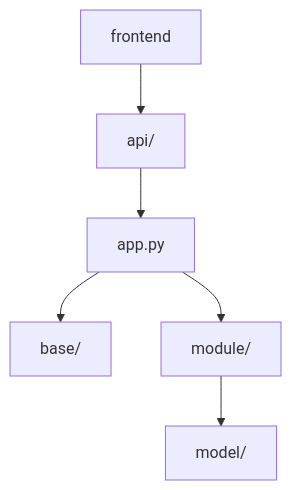
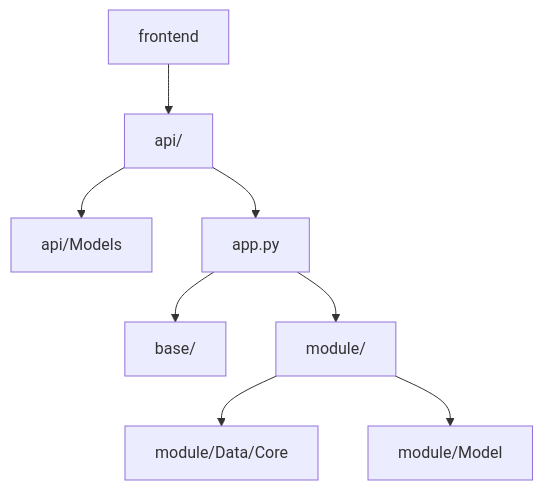
One commit to neavo/LinguaGacha changed the first of 3 diagrams in docs/ARCHITECTURE.md. Above: the diagram before and after it, drawn with Mermaid. The commit also changed other lines of this file and 173 other files, not shown here.

````diff
--- a/docs/ARCHITECTURE.md
+++ b/docs/ARCHITECTURE.md
@@ -7,8 +7,10 @@
 ```mermaid
 flowchart TD
     A["frontend"] --> B["api/"]
-    B --> C["app.py"]
-    C --> D["base/"]
-    C --> E["module/"]
-    E --> F["model/"]
+    B --> C["api/Models"]
+    B --> D["app.py"]
+    D --> E["base/"]
+    D --> F["module/"]
+    F --> G["module/Data/Core"]
+    F --> H["module/Model"]
 ```
````
